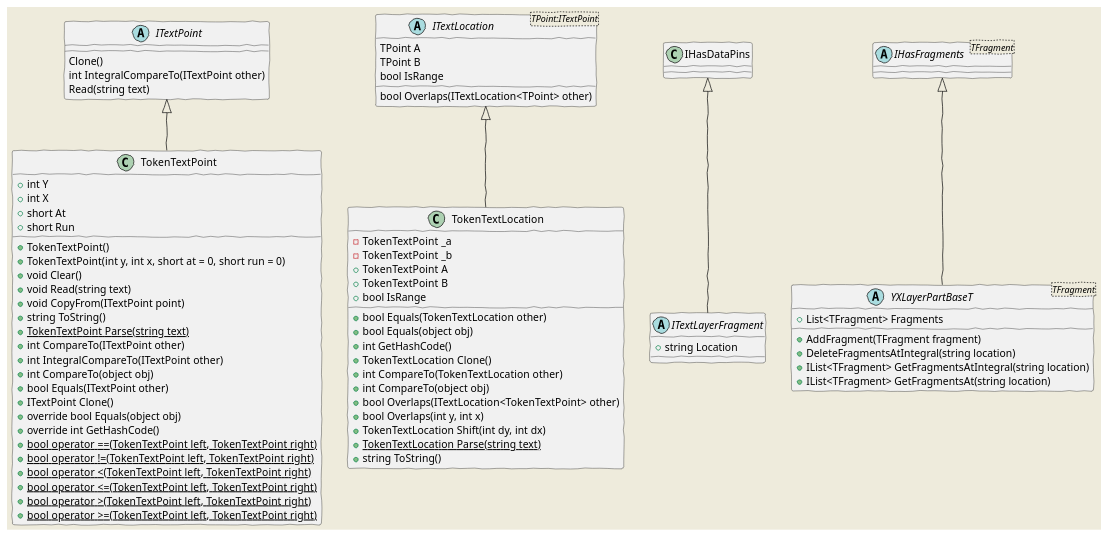
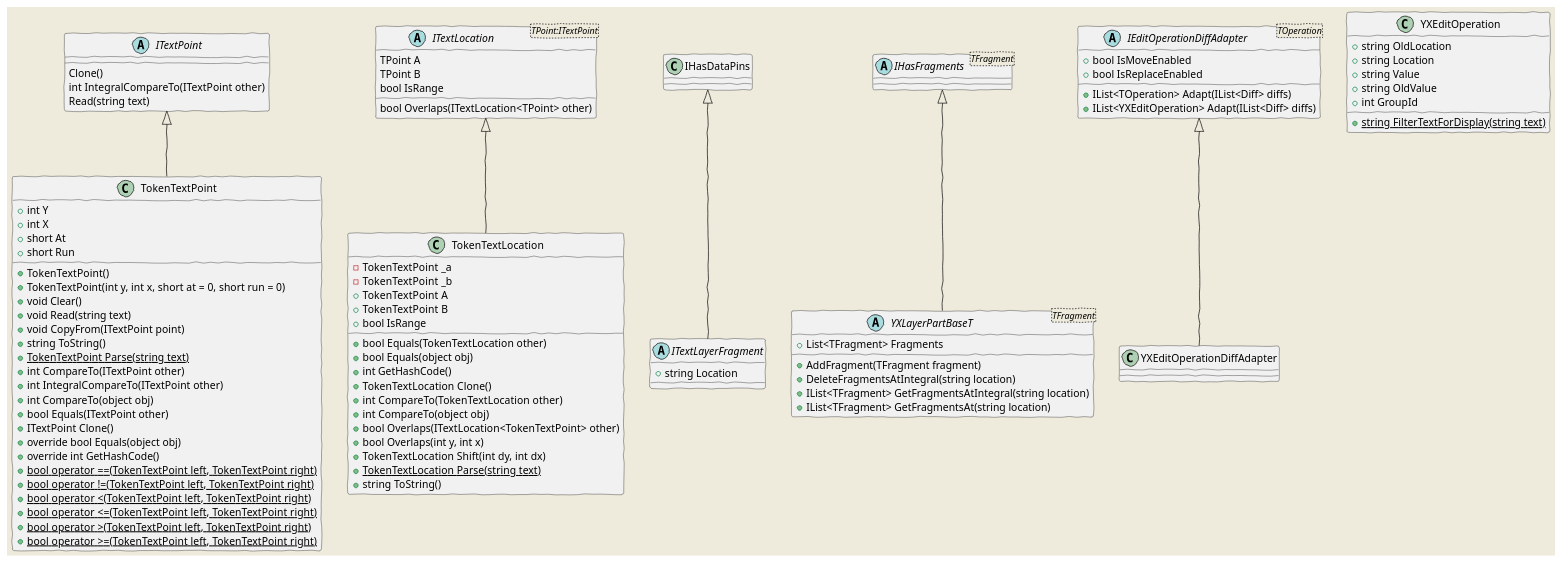
The second of 4 diagrams in Doc/core.md (vedph/cadmus_core), drawn with PlantUML before and after one commit. The commit also changed other lines of this file and 6 other files, not shown here.

````diff
--- a/Doc/core.md
+++ b/Doc/core.md
@@ -273,5 +273,20 @@
     YXLayerPartBaseT : +DeleteFragmentsAtIntegral(string location)
     YXLayerPartBaseT : +IList<TFragment> GetFragmentsAtIntegral(string location)
     YXLayerPartBaseT : +IList<TFragment> GetFragmentsAt(string location)
+
+    abstract class "IEditOperationDiffAdapter<TOperation>" as IEditOperationDiffAdapterT
+    IEditOperationDiffAdapterT : +IList<TOperation> Adapt(IList<Diff> diffs)
+
+    YXEditOperation : +string OldLocation
+    YXEditOperation : +string Location
+    YXEditOperation : +string Value
+    YXEditOperation : +string OldValue
+    YXEditOperation : +int GroupId
+    YXEditOperation : +{static} string FilterTextForDisplay(string text)
+
+    IEditOperationDiffAdapterT <|-- YXEditOperationDiffAdapter
+    IEditOperationDiffAdapterT : +bool IsMoveEnabled
+    IEditOperationDiffAdapterT : +bool IsReplaceEnabled
+    IEditOperationDiffAdapterT : +IList<YXEditOperation> Adapt(IList<Diff> diffs)
 @enduml
 ```
````
